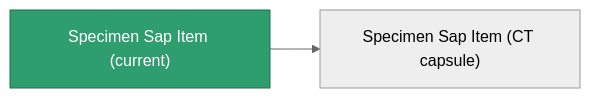
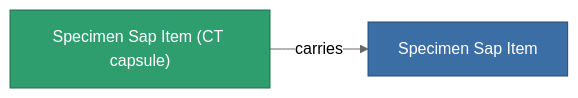
Before and after one commit to OpenPerpetuum/Wiki: the diagram in content/content/items/specimen_sap_item.md, drawn with Mermaid (neutral theme). The commit also changed 2015 other files, not shown here.

````diff
--- a/content/content/items/specimen_sap_item.md
+++ b/content/content/items/specimen_sap_item.md
@@ -27,8 +27,9 @@
 ```mermaid
 graph LR
-    a["Specimen Sap Item (current)"]:::current
-    b["Specimen Sap Item (CT capsule)"]
-    a --> b
-    click b "/content/items/specimen-sap-item-ct-capsule/" "Specimen Sap Item (CT capsule)"
+    a["Specimen Sap Item (CT capsule)"]:::current
+    b["Specimen Sap Item"]:::finished
+    a -->|carries| b
+                click b "/content/items/specimen-sap-item/" "Specimen Sap Item"
     classDef current fill:#2f9e6f,stroke:#1f6f4a,color:#ffffff
+    classDef finished fill:#3b6ea5,stroke:#274a75,color:#ffffff
 ```
````
